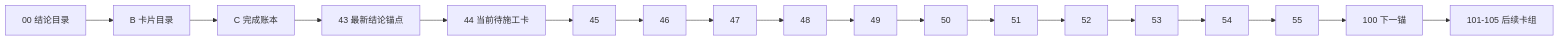
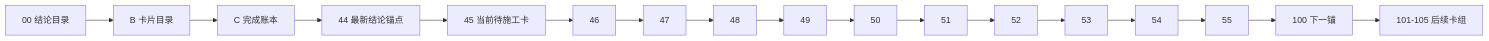
Before and after one commit to everything-is-simple/lifespan-0.01: the diagram in docs/03-execution/A-execution-reading-order-20260409.md, drawn with Mermaid. The commit also changed other lines of this file and 15 other files, not shown here.

````diff
--- a/docs/03-execution/A-execution-reading-order-20260409.md
+++ b/docs/03-execution/A-execution-reading-order-20260409.md
@@ -38,20 +37,19 @@
 ```mermaid
 flowchart LR
     CONC["00 结论目录"] --> BCAT["B 卡片目录"]
     BCAT --> CLED["C 完成账本"]
-    CLED --> ANC["43 最新结论锚点"]
-    ANC --> G44["44 当前待施工卡"]
-    G44 --> G45["45"]
+    CLED --> ANC["44 最新结论锚点"]
+    ANC --> G45["45 当前待施工卡"]
     G45 --> G46["46"]
     G46 --> G47["47"]
     G47 --> G48["48"]
     G48 --> G49["49"]
     G49 --> G50["50"]
     G50 --> G51["51"]
     G51 --> G52["52"]
     G52 --> G53["53"]
     G53 --> G54["54"]
     G54 --> G55["55"]
     G55 --> NEXT["100 下一锚"]
     NEXT --> POST["101-105 后续卡组"]
 ```
````
